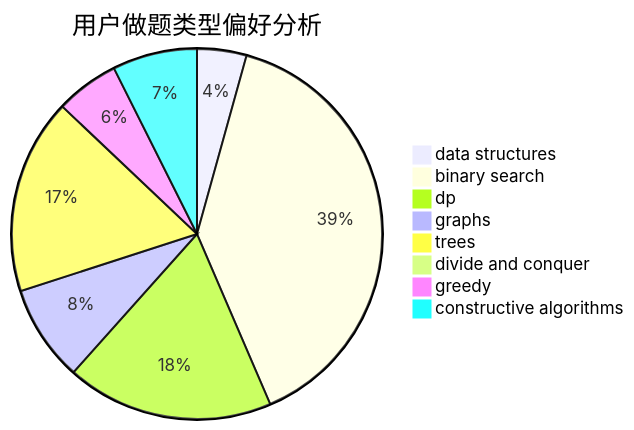
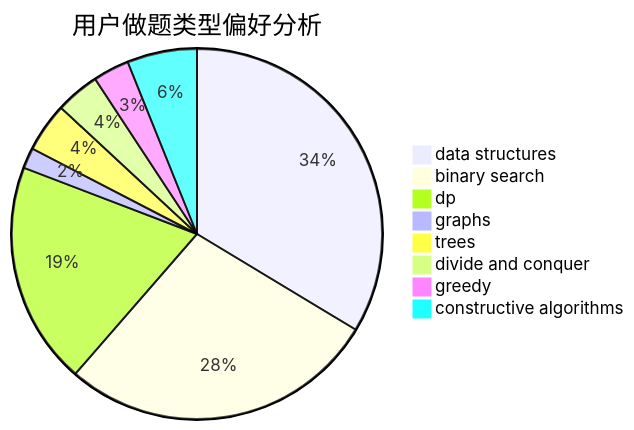
Before and after one commit to sherpahu/cfrs.github.io: the second of 3 diagrams in docs/user/u2046.md, drawn with Mermaid. The commit also changed other lines of this file and 2770 other files, not shown here.

````diff
--- a/docs/user/u2046.md
+++ b/docs/user/u2046.md
@@ -23,11 +23,11 @@
 ```mermaid
 pie title 用户做题类型偏好分析
-    "data structures" :  21
-    "binary search" :  191
-    "dp" :  88
-    "graphs" :  41
-    "trees" :  83
-    "divide and conquer" :  0
-    "greedy" :  27
-    "constructive algorithms" :  36
+    "data structures" :  149
+    "binary search" :  123
+    "dp" :  86
+    "graphs" :  8
+    "trees" :  19
+    "divide and conquer" :  17
+    "greedy" :  14
+    "constructive algorithms" :  27
 ```
````
